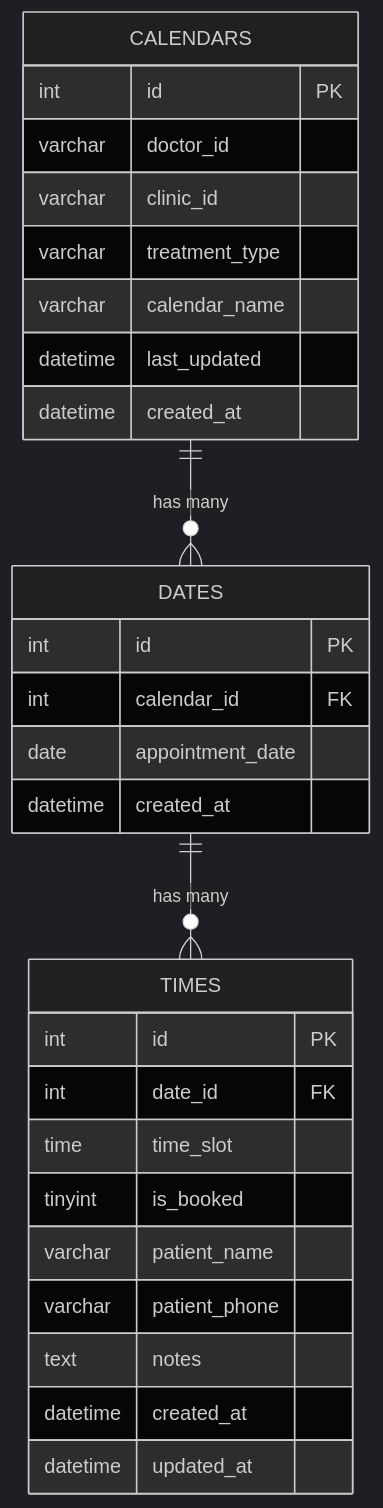
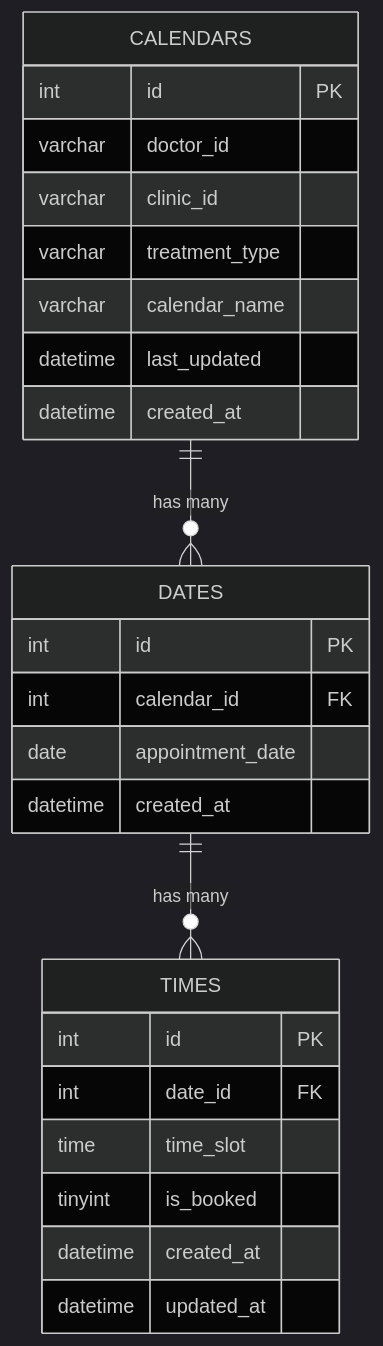
Before and after one commit to OrielBenMoshe/clinic-queue-management: the third of 6 diagrams in docs/ARCHITECTURE_DIAGRAM.md, drawn with Mermaid (dark theme). The commit also changed other lines of this file and 42 other files, not shown here.

````diff
--- a/docs/ARCHITECTURE_DIAGRAM.md
+++ b/docs/ARCHITECTURE_DIAGRAM.md
@@ -117,34 +113,31 @@
 ```mermaid
 erDiagram
     CALENDARS {
         int id PK
         varchar doctor_id
         varchar clinic_id
         varchar treatment_type
         varchar calendar_name
         datetime last_updated
         datetime created_at
     }
     
     DATES {
         int id PK
         int calendar_id FK
         date appointment_date
         datetime created_at
     }
     
     TIMES {
         int id PK
         int date_id FK
         time time_slot
         tinyint is_booked
-        varchar patient_name
-        varchar patient_phone
-        text notes
         datetime created_at
         datetime updated_at
     }
     
     CALENDARS ||--o{ DATES : "has many"
     DATES ||--o{ TIMES : "has many"
 ```
````
